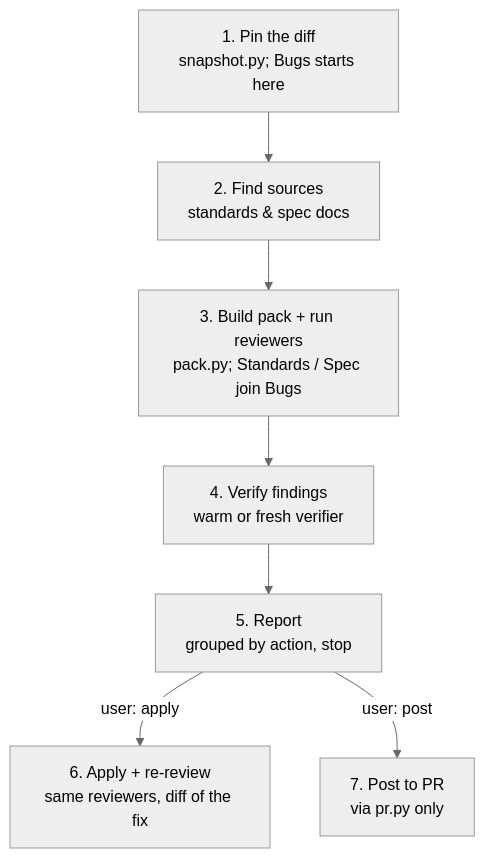
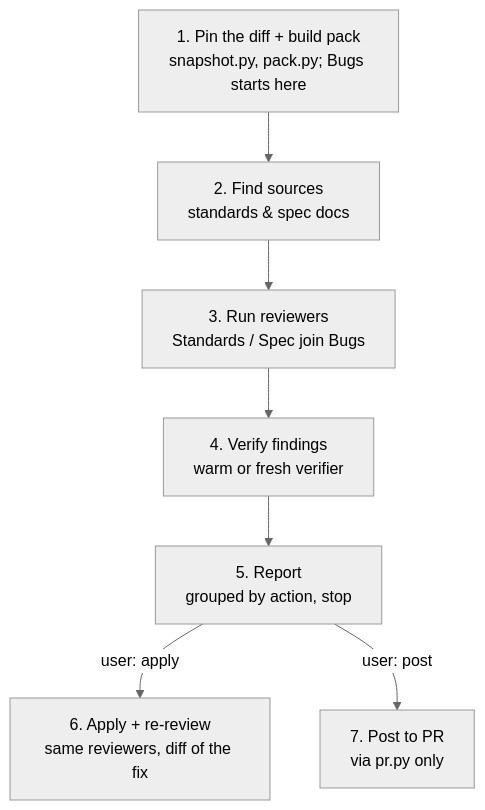
One commit to jimmy-guzman/skills changed the first of 3 diagrams in docs/review-changes.md. Above: the diagram before and after it, drawn with Mermaid (neutral theme). The commit also changed other lines of this file and 1 other file, not shown here.

First line of the commit message:
fix(review-changes): 🐛 build the pack before spawning Bugs

````diff
--- a/docs/review-changes.md
+++ b/docs/review-changes.md
@@ -27,9 +27,9 @@
 ```mermaid
 flowchart TD
-    A["1. Pin the diff<br/>snapshot.py; Bugs starts here"] --> B["2. Find sources<br/>standards & spec docs"]
-    B --> C["3. Build pack + run reviewers<br/>pack.py; Standards / Spec join Bugs"]
+    A["1. Pin the diff + build pack<br/>snapshot.py, pack.py; Bugs starts here"] --> B["2. Find sources<br/>standards & spec docs"]
+    B --> C["3. Run reviewers<br/>Standards / Spec join Bugs"]
     C --> D["4. Verify findings<br/>warm or fresh verifier"]
     D --> E["5. Report<br/>grouped by action, stop"]
     E -->|"user: apply"| F["6. Apply + re-review<br/>same reviewers, diff of the fix"]
     E -->|"user: post"| G["7. Post to PR<br/>via pr.py only"]
 ```
````
